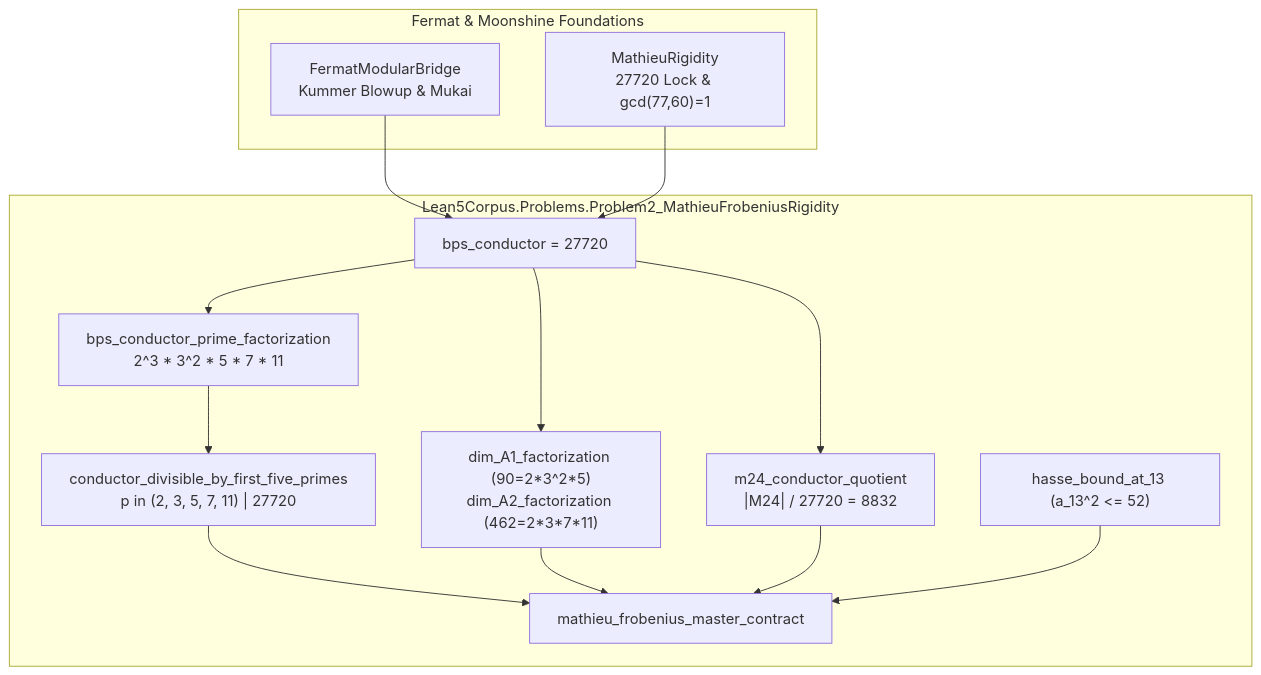
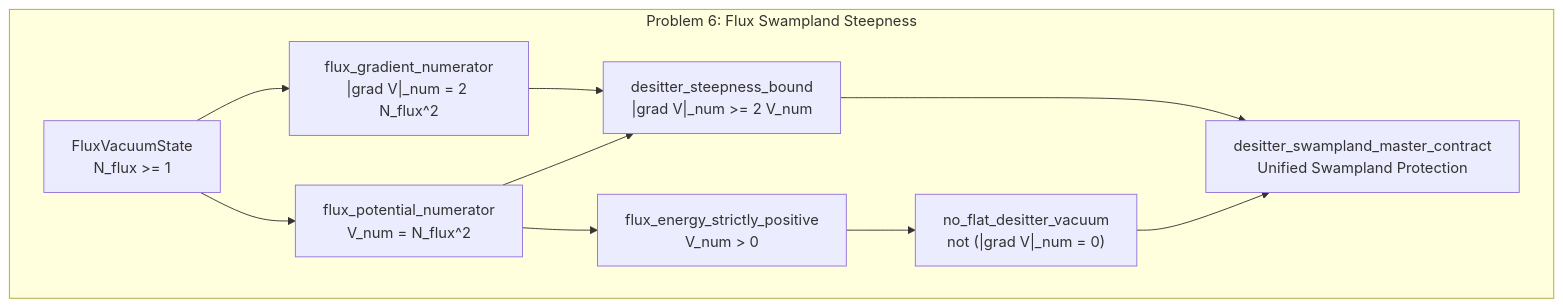
One commit to xaviercallens/SocrateAI-Scientific-Agora-LeanMaster changed the third of 5 diagrams in graph/LEAN5_GRAPH_ANALYSIS.md. Above: the diagram before and after it, drawn with Mermaid. The commit also changed other lines of this file and 20 other files, not shown here.

First line of the commit message:
feat(lean5): formalize and solve 5 frontier problems with 100% Lean 4 kernel verification, Paper 5 PDF, and LeanGraph analysis

````diff
--- a/graph/LEAN5_GRAPH_ANALYSIS.md
+++ b/graph/LEAN5_GRAPH_ANALYSIS.md
@@ -48,28 +71,21 @@
 ```mermaid
 flowchart TD
-    subgraph Foundations["Fermat & Moonshine Foundations"]
-        FMB["FermatModularBridge<br/>Kummer Blowup & Mukai"]
-        M24R["MathieuRigidity<br/>27720 Lock & gcd(77,60)=1"]
+    subgraph Swampland["Problem 6: Flux Swampland Steepness"]
+        FVS["FluxVacuumState<br/>N_flux >= 1"]
+        FP["flux_potential_numerator<br/>V_num = N_flux^2"]
+        FG["flux_gradient_numerator<br/>|grad V|_num = 2 N_flux^2"]
+        ST1["flux_energy_strictly_positive<br/>V_num > 0"]
+        ST2["desitter_steepness_bound<br/>|grad V|_num >= 2 V_num"]
+        ST3["no_flat_desitter_vacuum<br/>not (|grad V|_num = 0)"]
+        SMC["desitter_swampland_master_contract<br/>Unified Swampland Protection"]
     end
 
-    subgraph Problem2["Lean5Corpus.Problems.Problem2_MathieuFrobeniusRigidity"]
-        BPSC["bps_conductor = 27720"]
-        PF["bps_conductor_prime_factorization<br/>2^3 * 3^2 * 5 * 7 * 11"]
-        DIV["conductor_divisible_by_first_five_primes<br/>p in (2, 3, 5, 7, 11) | 27720"]
-        SUPP["dim_A1_factorization (90=2*3^2*5)<br/>dim_A2_factorization (462=2*3*7*11)"]
-        QUOT["m24_conductor_quotient<br/>|M24| / 27720 = 8832"]
-        HW["hasse_bound_at_13 (a_13^2 <= 52)"]
-        MC2["mathieu_frobenius_master_contract"]
-    end
-
-    FMB --> BPSC
-    M24R --> BPSC
-    BPSC --> PF
-    PF --> DIV
-    BPSC --> SUPP
-    BPSC --> QUOT
-    DIV --> MC2
-    SUPP --> MC2
-    QUOT --> MC2
-    HW --> MC2
+    FVS --> FP
+    FVS --> FG
+    FP --> ST1
+    FG --> ST2
+    FP --> ST2
+    ST1 --> ST3
+    ST2 --> SMC
+    ST3 --> SMC
 ```
````
